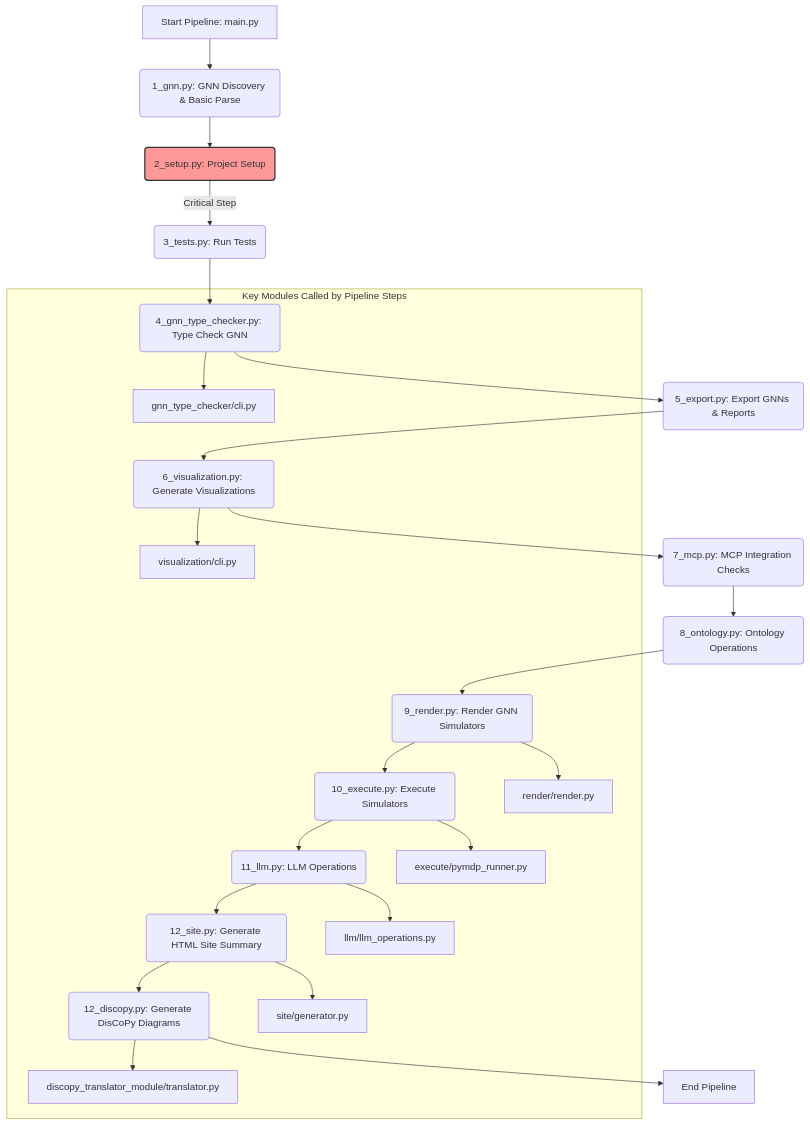
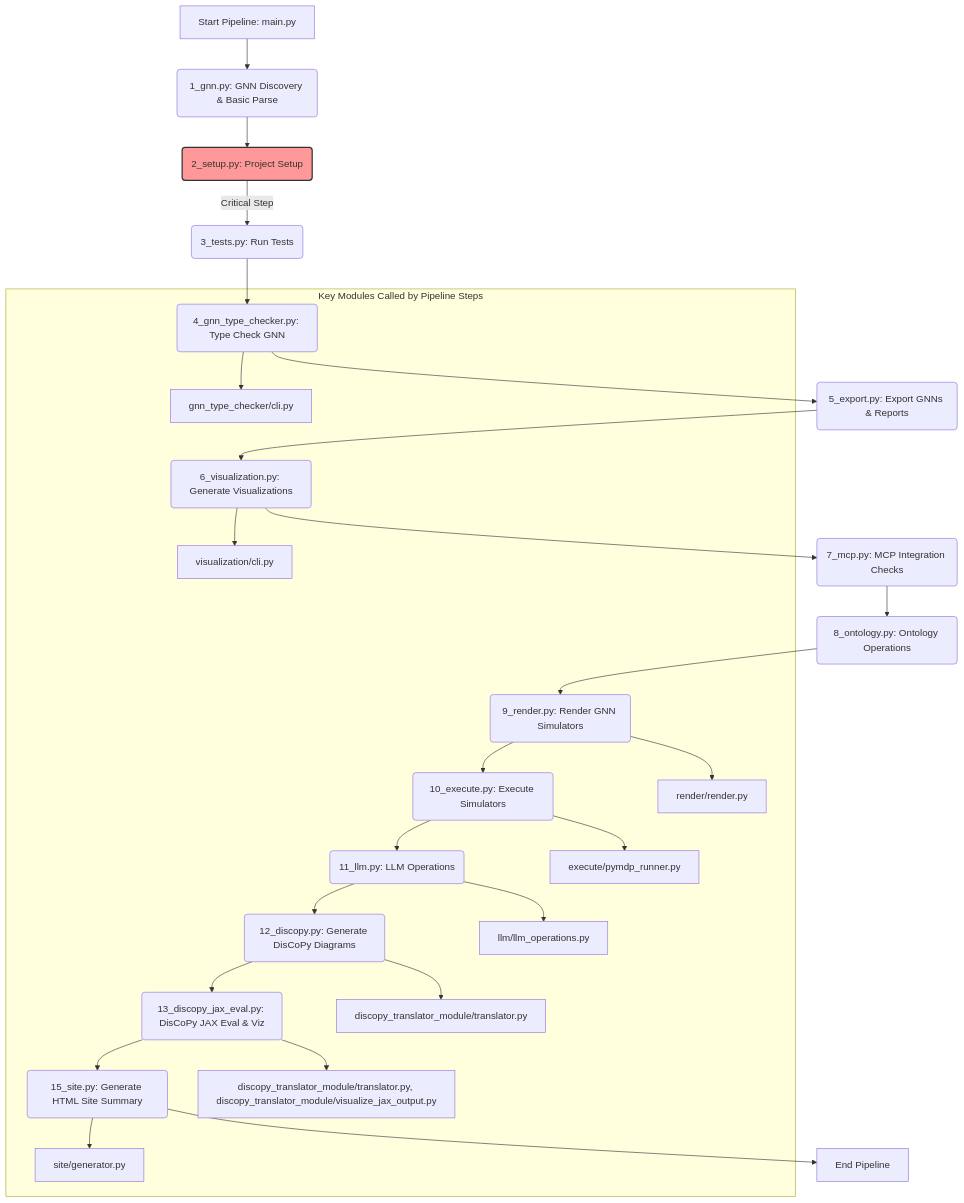
The diagram in src/README.md (ActiveInferenceInstitute/GeneralizedNotationNotation), drawn with Mermaid before and after one commit. The commit also changed other lines of this file and 53 other files, not shown here.

````diff
--- a/src/README.md
+++ b/src/README.md
@@ -20,29 +20,31 @@
 ```mermaid
 graph TD
     A[Start Pipeline: main.py] --> B(1_gnn.py: GNN Discovery & Basic Parse);
     B --> C(2_setup.py: Project Setup);
     C -- Critical Step --> D(3_tests.py: Run Tests);
     D --> E(4_gnn_type_checker.py: Type Check GNN);
     E --> F(5_export.py: Export GNNs & Reports);
     F --> G(6_visualization.py: Generate Visualizations);
     G --> H(7_mcp.py: MCP Integration Checks);
     H --> I(8_ontology.py: Ontology Operations);
     I --> J(9_render.py: Render GNN Simulators);
     J --> K(10_execute.py: Execute Simulators);
     K --> L(11_llm.py: LLM Operations);
-    L --> M(12_site.py: Generate HTML Site Summary);
-    M --> N(12_discopy.py: Generate DisCoPy Diagrams);
-    N --> Z[End Pipeline];
+    L --> M(12_discopy.py: Generate DisCoPy Diagrams);
+    M --> N(13_discopy_jax_eval.py: DisCoPy JAX Eval & Viz);
+    N --> O(15_site.py: Generate HTML Site Summary);
+    O --> Z[End Pipeline];
 
     subgraph Key Modules Called by Pipeline Steps
         E --> E1[gnn_type_checker/cli.py];
         G --> G1[visualization/cli.py];
         J --> J1[render/render.py];
         K --> K1[execute/pymdp_runner.py];
         L --> L1[llm/llm_operations.py];
-        M --> M1[site/generator.py];
-        N --> N1[discopy_translator_module/translator.py];
+        M --> M1[discopy_translator_module/translator.py];
+        N --> N2[discopy_translator_module/translator.py, discopy_translator_module/visualize_jax_output.py];
+        O --> O1[site/generator.py];
     end
 
     style C fill:#f99,stroke:#333,stroke-width:2px;
 ```
````
